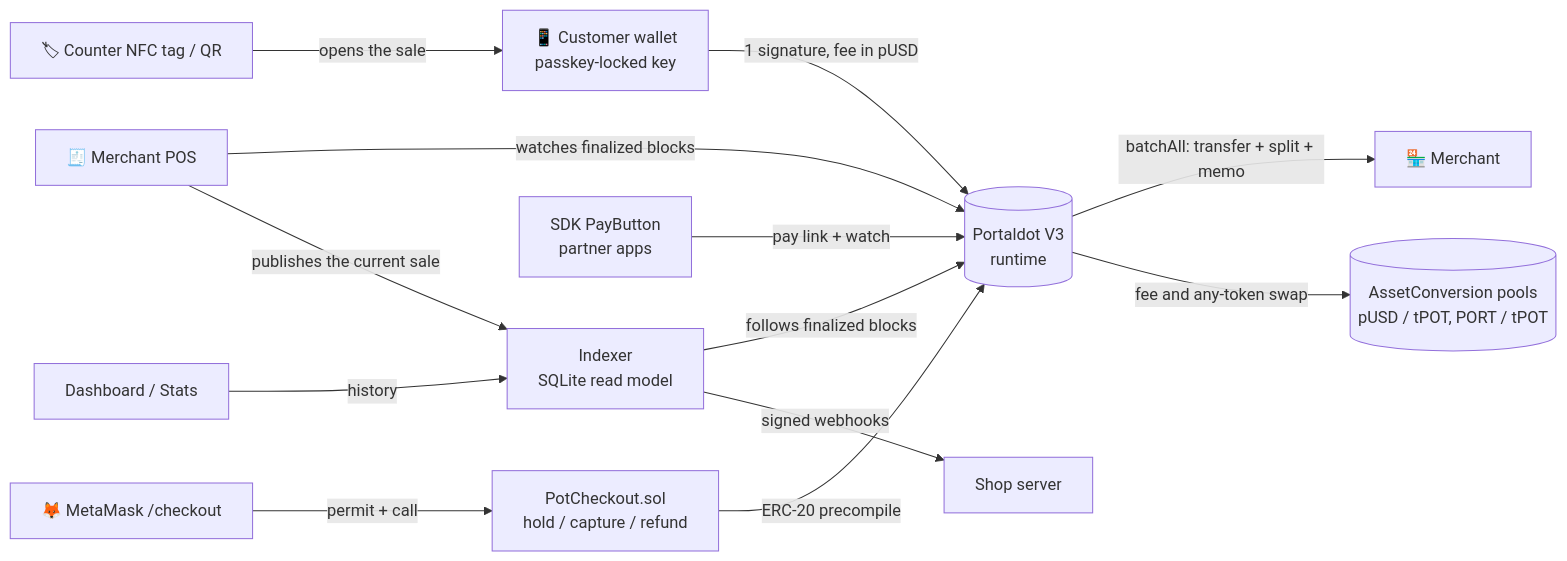
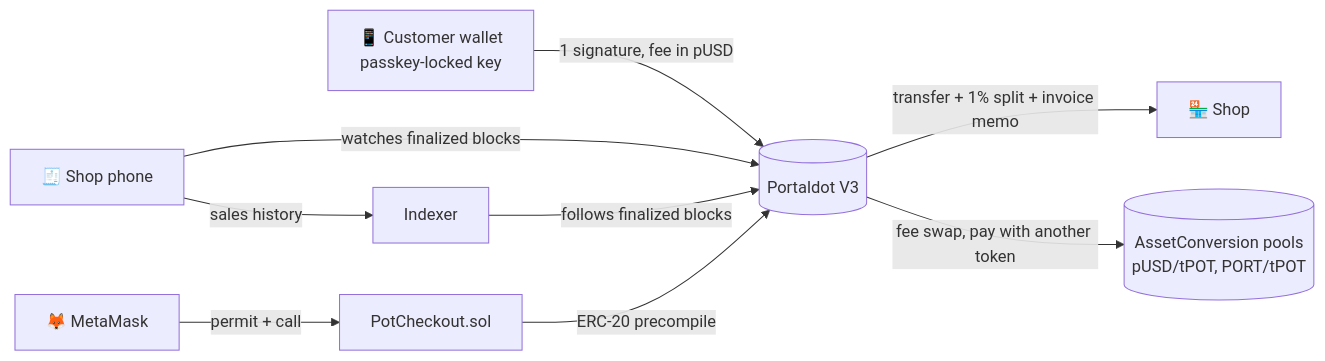
Before and after one commit to omkardongre/StableTap: the diagram in README.md, drawn with Mermaid. The commit also changed other lines of this file, not shown here.

````diff
--- a/README.md
+++ b/README.md
@@ -46,15 +40,11 @@
 ```mermaid
 flowchart LR
-  C["📱 Customer wallet<br/>passkey-locked key"] -- "1 signature, fee in pUSD" --> N[("Portaldot V3<br/>runtime")]
-  N -->|"batchAll: transfer + split + memo"| M["🏪 Merchant"]
-  N -->|"fee and any-token swap"| P[("AssetConversion pools<br/>pUSD / tPOT, PORT / tPOT")]
-  POS["🧾 Merchant POS"] -- "watches finalized blocks" --> N
-  POS -- "publishes the current sale" --> I
-  T["🏷 Counter NFC tag / QR"] -- "opens the sale" --> C
-  I["Indexer<br/>SQLite read model"] -- "follows finalized blocks" --> N
-  I -- "signed webhooks" --> S["Shop server"]
-  D["Dashboard / Stats"] -- "history" --> I
-  SDK["SDK PayButton<br/>partner apps"] -- "pay link + watch" --> N
-  MM["🦊 MetaMask /checkout"] -- "permit + call" --> K["PotCheckout.sol<br/>hold / capture / refund"]
+  C["📱 Customer wallet<br/>passkey-locked key"] -- "1 signature, fee in pUSD" --> N[("Portaldot V3")]
+  N -->|"transfer + 1% split + invoice memo"| M["🏪 Shop"]
+  N -->|"fee swap, pay with another token"| P[("AssetConversion pools<br/>pUSD/tPOT, PORT/tPOT")]
+  S["🧾 Shop phone"] -- "watches finalized blocks" --> N
+  I["Indexer"] -- "follows finalized blocks" --> N
+  S -- "sales history" --> I
+  MM["🦊 MetaMask"] -- "permit + call" --> K["PotCheckout.sol"]
   K -- "ERC-20 precompile" --> N
 ```
````
